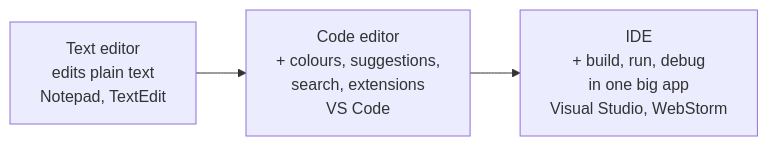
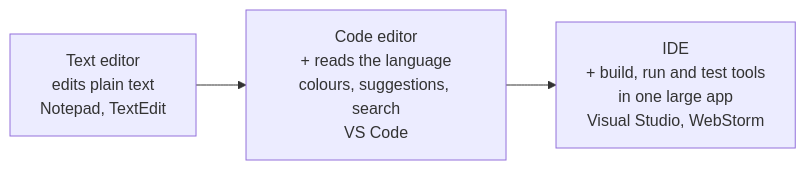
One commit to ajibolagenius/EduPoint changed the first of 4 diagrams in curriculum/100L-S1/week-05/class-notes.md. Above: the diagram before and after it, drawn with Mermaid. The commit also changed other lines of this file and 9 other files, not shown here.

````diff
--- a/curriculum/100L-S1/week-05/class-notes.md
+++ b/curriculum/100L-S1/week-05/class-notes.md
@@ -63,5 +118,5 @@
 ```mermaid
 flowchart LR
-    plain["Text editor<br>edits plain text<br>Notepad, TextEdit"] --> code["Code editor<br>+ colours, suggestions,<br>search, extensions<br>VS Code"]
-    code --> ide["IDE<br>+ build, run, debug<br>in one big app<br>Visual Studio, WebStorm"]
+    plain["Text editor<br>edits plain text<br>Notepad, TextEdit"] --> code["Code editor<br>+ reads the language<br>colours, suggestions, search<br>VS Code"]
+    code --> ide["IDE<br>+ build, run and test tools<br>in one large app<br>Visual Studio, WebStorm"]
 ```
````
